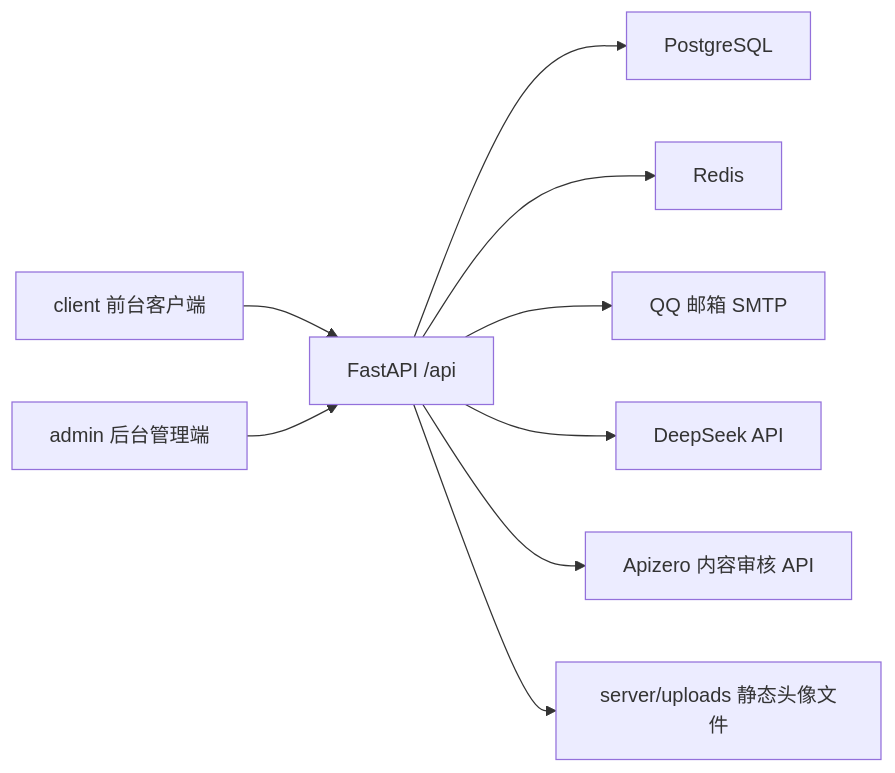
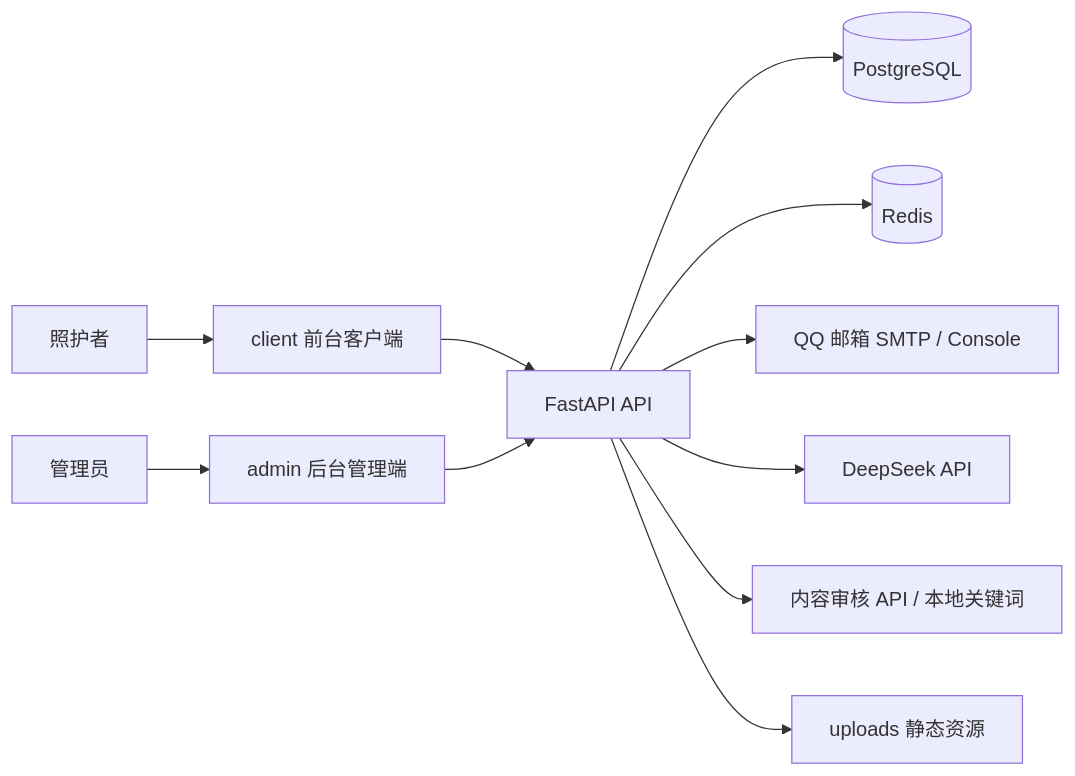
One commit to ivan-bai-1107/Caregiver changed the first of 4 diagrams in PROJECT_ANALYSIS.md. Above: the diagram before and after it, drawn with Mermaid. The commit also changed other lines of this file, not shown here.

````diff
--- a/PROJECT_ANALYSIS.md
+++ b/PROJECT_ANALYSIS.md
@@ -42,11 +77,13 @@
 ```mermaid
 flowchart LR
-    Client["client 前台客户端"] --> API["FastAPI /api"]
-    Admin["admin 后台管理端"] --> API
-    API --> DB["PostgreSQL"]
-    API --> Redis["Redis"]
-    API --> SMTP["QQ 邮箱 SMTP"]
-    API --> DeepSeek["DeepSeek API"]
-    API --> Moderation["Apizero 内容审核 API"]
-    API --> Uploads["server/uploads 静态头像文件"]
+    User[照护者] --> Client[client 前台客户端]
+    AdminUser[管理员] --> Admin[admin 后台管理端]
+    Client --> API[FastAPI API]
+    Admin --> API
+    API --> DB[(PostgreSQL)]
+    API --> Redis[(Redis)]
+    API --> SMTP[QQ 邮箱 SMTP / Console]
+    API --> LLM[DeepSeek API]
+    API --> Moderation[内容审核 API / 本地关键词]
+    API --> Uploads[uploads 静态资源]
 ```
````
